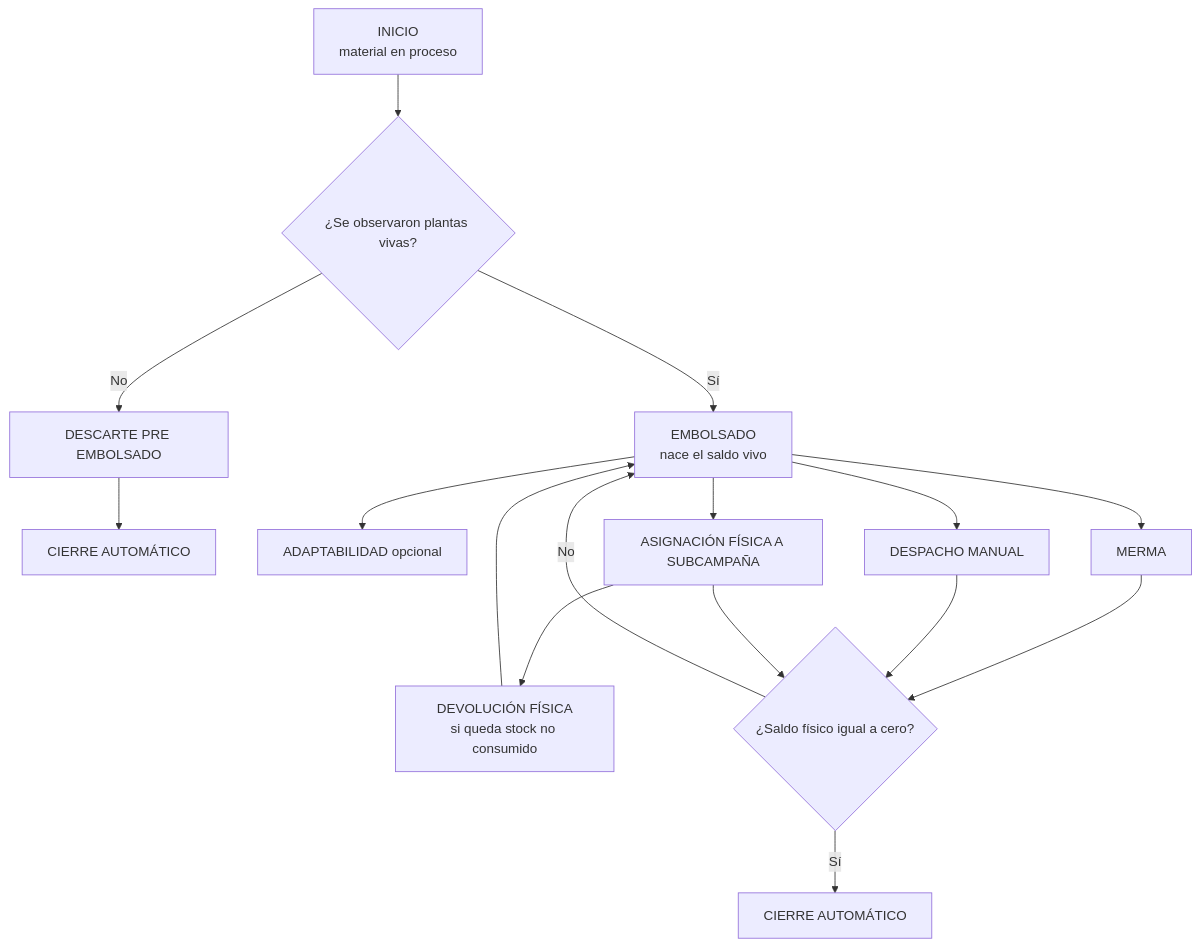
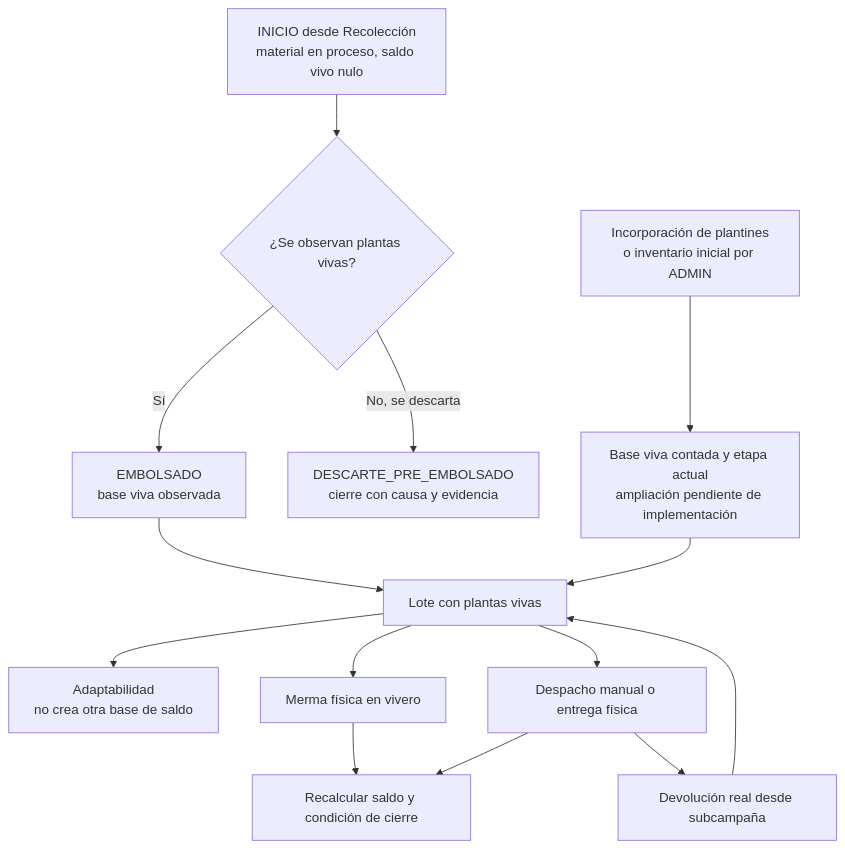
The eighth of 18 diagrams in documentacion-grado/06_entregables/proyecto_grado/03_2_fase_elaboracion.md (R3foresta/r3foresta-docs), drawn with Mermaid before and after one commit. The commit also changed other lines of this file and 13 other files, not shown here.

Commit message:
docs: consolidar Elaboración RUP con diagramas actualizados

````diff
--- a/documentacion-grado/06_entregables/proyecto_grado/03_2_fase_elaboracion.md
+++ b/documentacion-grado/06_entregables/proyecto_grado/03_2_fase_elaboracion.md
@@ -330,18 +455,16 @@
 ```mermaid
 flowchart TD
-  I[INICIO<br/>material en proceso] --> D{¿Se observaron plantas vivas?}
-  D -- No --> DP[DESCARTE PRE EMBOLSADO]
-  DP --> C1[CIERRE AUTOMÁTICO]
-  D -- Sí --> E[EMBOLSADO<br/>nace el saldo vivo]
-  E --> A[ADAPTABILIDAD opcional]
-  E --> M[MERMA]
-  E --> DM[DESPACHO MANUAL]
-  E --> AS[ASIGNACIÓN FÍSICA A SUBCAMPAÑA]
-  AS --> DEV[DEVOLUCIÓN FÍSICA<br/>si queda stock no consumido]
-  M --> Z{¿Saldo físico igual a cero?}
-  DM --> Z
-  AS --> Z
-  Z -- Sí --> C2[CIERRE AUTOMÁTICO]
-  Z -- No --> E
-  DEV --> E
+    I["INICIO desde Recolección<br/>material en proceso, saldo vivo nulo"] --> R{"¿Se observan plantas vivas?"}
+    R -->|"Sí"| E["EMBOLSADO<br/>base viva observada"]
+    R -->|"No, se descarta"| D["DESCARTE_PRE_EMBOLSADO<br/>cierre con causa y evidencia"]
+    IN["Incorporación de plantines<br/>o inventario inicial por ADMIN"] --> B["Base viva contada y etapa actual<br/>ampliación pendiente de implementación"]
+    E --> L["Lote con plantas vivas"]
+    B --> L
+    L --> A["Adaptabilidad<br/>no crea otra base de saldo"]
+    L --> M["Merma física en vivero"]
+    L --> S["Despacho manual o entrega física"]
+    S --> DEV["Devolución real desde subcampaña"]
+    DEV --> L
+    M --> C["Recalcular saldo y condición de cierre"]
+    S --> C
 ```
````
